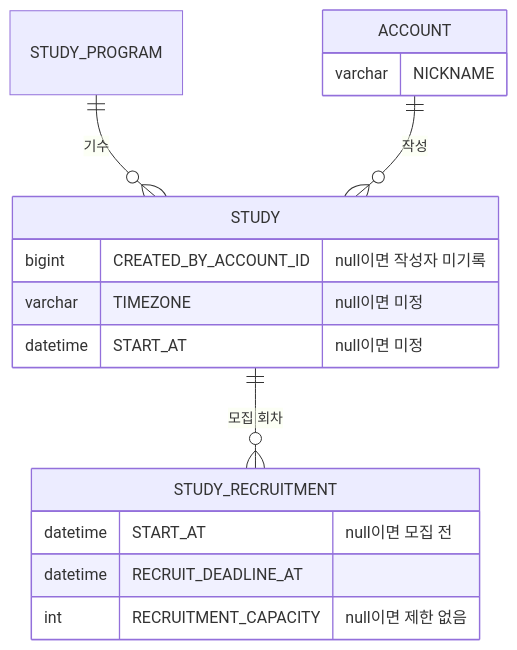
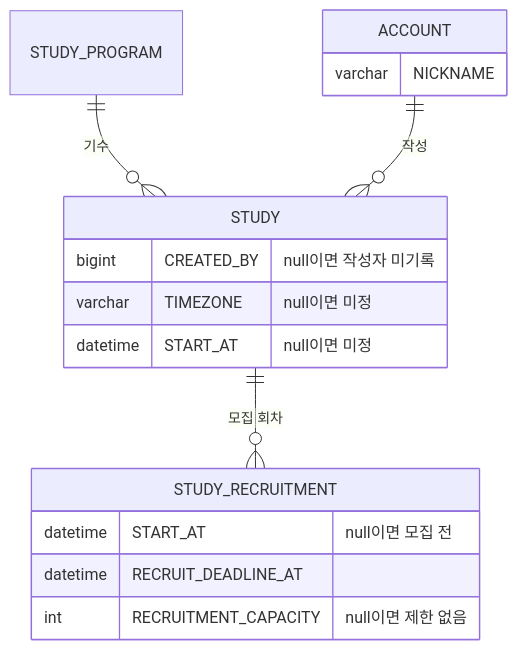
The second of 2 diagrams in planning/stories/captain-list-all-studies/PRD.md (StudyClub-PlusPlus/studyclub-engineering), drawn with Mermaid before and after one commit. The commit also changed other lines of this file and 4 other files, not shown here.

Commit message:
docs: 스터디 작성자 컬럼명 CREATED_BY_ACCOUNT_ID → CREATED_BY

````diff
--- a/planning/stories/captain-list-all-studies/PRD.md
+++ b/planning/stories/captain-list-all-studies/PRD.md
@@ -149,19 +149,19 @@
 ```mermaid
 erDiagram
   STUDY_PROGRAM ||--o{ STUDY : "기수"
   STUDY ||--o{ STUDY_RECRUITMENT : "모집 회차"
   ACCOUNT ||--o{ STUDY : "작성"
   STUDY {
-    bigint CREATED_BY_ACCOUNT_ID "null이면 작성자 미기록"
+    bigint CREATED_BY "null이면 작성자 미기록"
     varchar TIMEZONE "null이면 미정"
     datetime START_AT "null이면 미정"
   }
   STUDY_RECRUITMENT {
     datetime START_AT "null이면 모집 전"
     datetime RECRUIT_DEADLINE_AT
     int RECRUITMENT_CAPACITY "null이면 제한 없음"
   }
   ACCOUNT {
     varchar NICKNAME
   }
 ```
````
